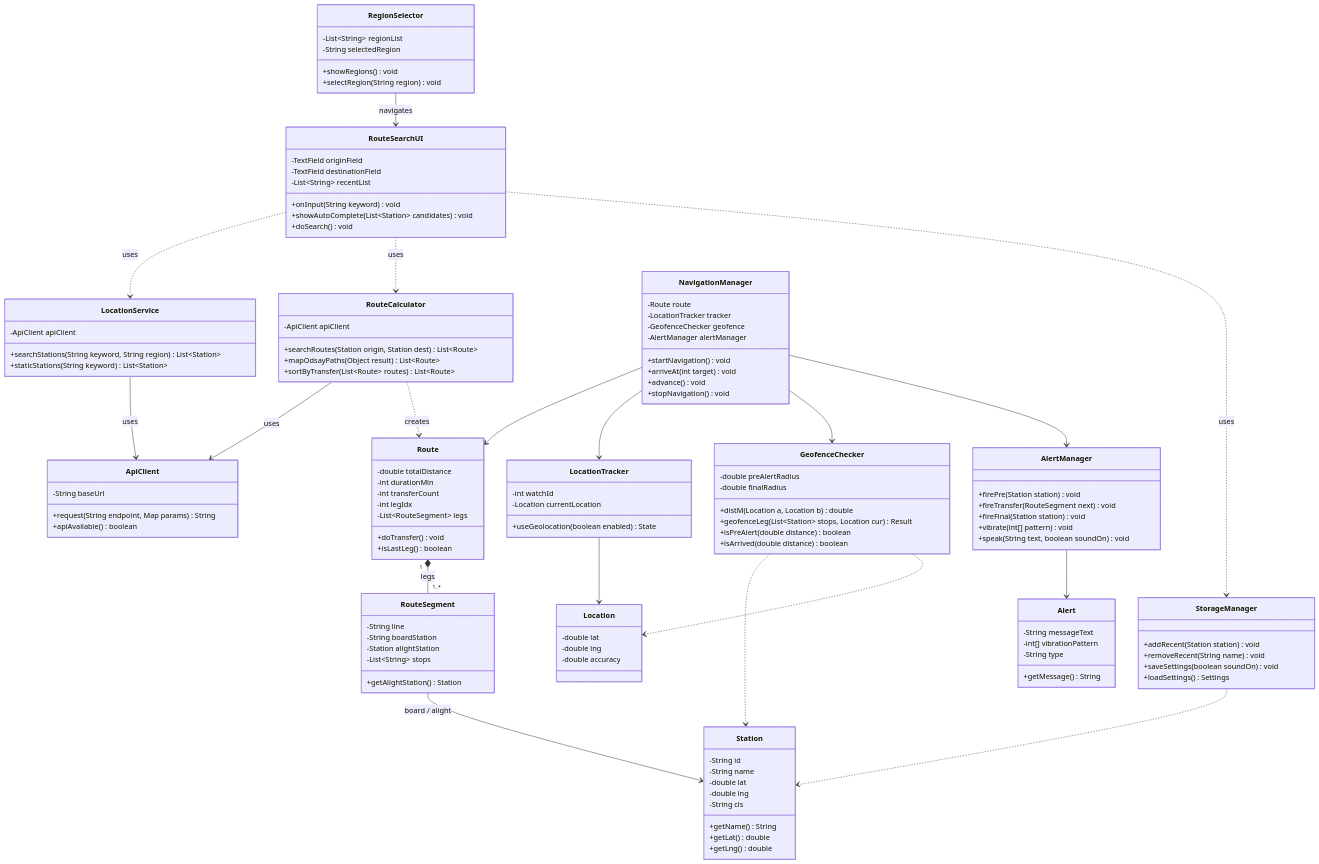
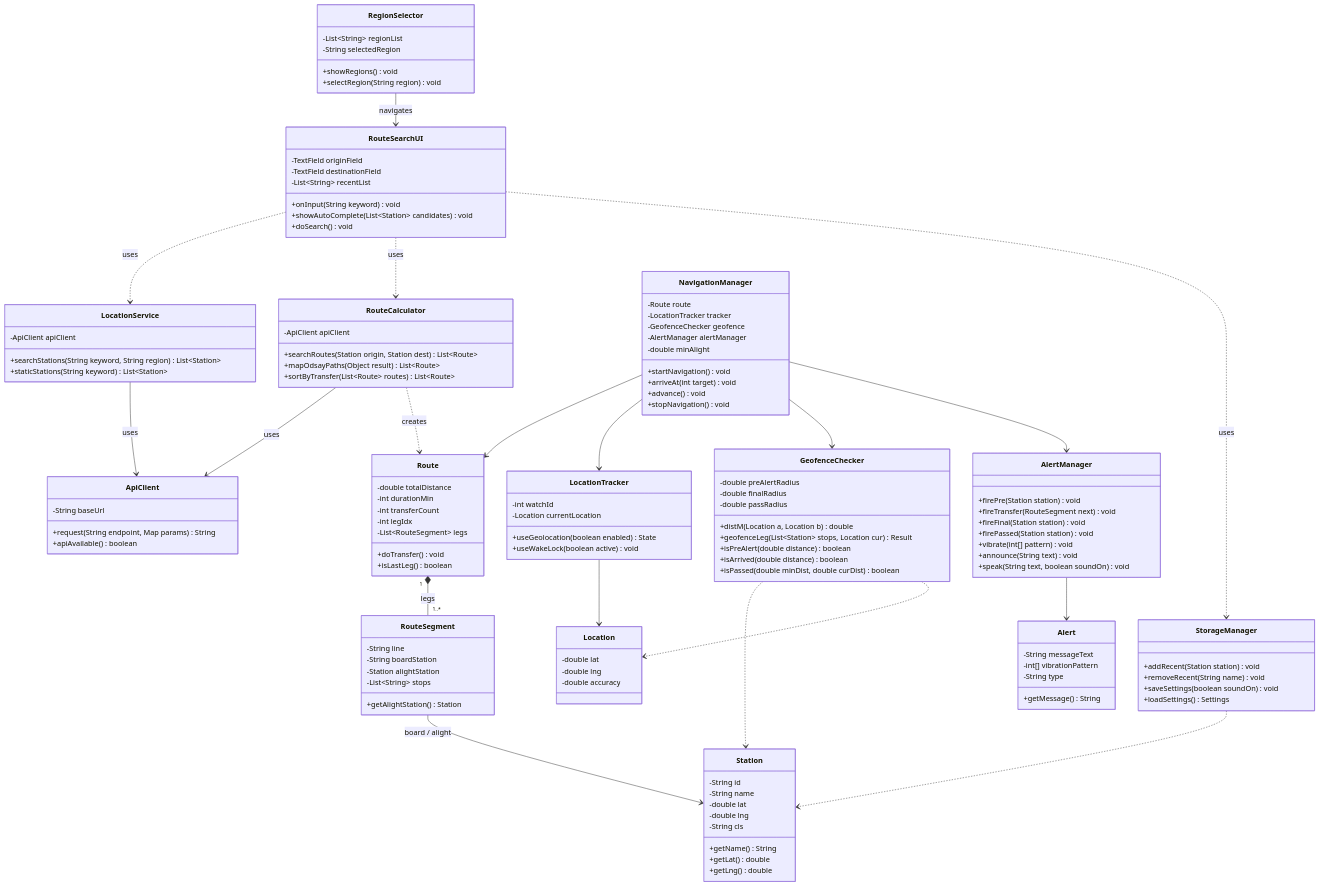
The diagram in diagrams/class-diagram.mmd (moonchanju/adigasu), drawn with Mermaid before and after one commit. The commit also changed 6 other files, not shown here.

First line of the commit message:
docs: 제출 전 QA — 문서·다이어그램·스크린샷을 앱과 정합

```diff
--- a/diagrams/class-diagram.mmd
+++ b/diagrams/class-diagram.mmd
@@ -1,123 +1,129 @@
 classDiagram
   class RegionSelector {
     -List~String~ regionList
     -String selectedRegion
     +showRegions() void
     +selectRegion(String region) void
   }
   class RouteSearchUI {
     -TextField originField
     -TextField destinationField
     -List~String~ recentList
     +onInput(String keyword) void
     +showAutoComplete(List~Station~ candidates) void
     +doSearch() void
   }
   class LocationService {
     -ApiClient apiClient
     +searchStations(String keyword, String region) List~Station~
     +staticStations(String keyword) List~Station~
   }
   class RouteCalculator {
     -ApiClient apiClient
     +searchRoutes(Station origin, Station dest) List~Route~
     +mapOdsayPaths(Object result) List~Route~
     +sortByTransfer(List~Route~ routes) List~Route~
   }
   class Route {
     -double totalDistance
     -int durationMin
     -int transferCount
     -int legIdx
     -List~RouteSegment~ legs
     +doTransfer() void
     +isLastLeg() boolean
   }
   class RouteSegment {
     -String line
     -String boardStation
     -Station alightStation
     -List~String~ stops
     +getAlightStation() Station
   }
   class Station {
     -String id
     -String name
     -double lat
     -double lng
     -String cls
     +getName() String
     +getLat() double
     +getLng() double
   }
   class NavigationManager {
     -Route route
     -LocationTracker tracker
     -GeofenceChecker geofence
     -AlertManager alertManager
+    -double minAlight
     +startNavigation() void
     +arriveAt(int target) void
     +advance() void
     +stopNavigation() void
   }
   class LocationTracker {
     -int watchId
     -Location currentLocation
     +useGeolocation(boolean enabled) State
+    +useWakeLock(boolean active) void
   }
   class Location {
     -double lat
     -double lng
     -double accuracy
   }
   class GeofenceChecker {
     -double preAlertRadius
     -double finalRadius
+    -double passRadius
     +distM(Location a, Location b) double
     +geofenceLeg(List~Station~ stops, Location cur) Result
     +isPreAlert(double distance) boolean
     +isArrived(double distance) boolean
+    +isPassed(double minDist, double curDist) boolean
   }
   class AlertManager {
     +firePre(Station station) void
     +fireTransfer(RouteSegment next) void
     +fireFinal(Station station) void
+    +firePassed(Station station) void
     +vibrate(int[] pattern) void
+    +announce(String text) void
     +speak(String text, boolean soundOn) void
   }
   class Alert {
     -String messageText
     -int[] vibrationPattern
     -String type
     +getMessage() String
   }
   class ApiClient {
     -String baseUrl
     +request(String endpoint, Map params) String
     +apiAvailable() boolean
   }
   class StorageManager {
     +addRecent(Station station) void
     +removeRecent(String name) void
     +saveSettings(boolean soundOn) void
     +loadSettings() Settings
   }
 
   RegionSelector --> RouteSearchUI : navigates
   RouteSearchUI ..> LocationService : uses
   RouteSearchUI ..> RouteCalculator : uses
   RouteSearchUI ..> StorageManager : uses
   LocationService --> ApiClient : uses
   RouteCalculator --> ApiClient : uses
   RouteCalculator ..> Route : creates
   Route "1" *-- "1..*" RouteSegment : legs
   RouteSegment --> Station : board / alight
   NavigationManager --> Route
   NavigationManager --> LocationTracker
   NavigationManager --> GeofenceChecker
   NavigationManager --> AlertManager
   LocationTracker --> Location
   GeofenceChecker ..> Station
   GeofenceChecker ..> Location
   AlertManager --> Alert
   StorageManager ..> Station
```
